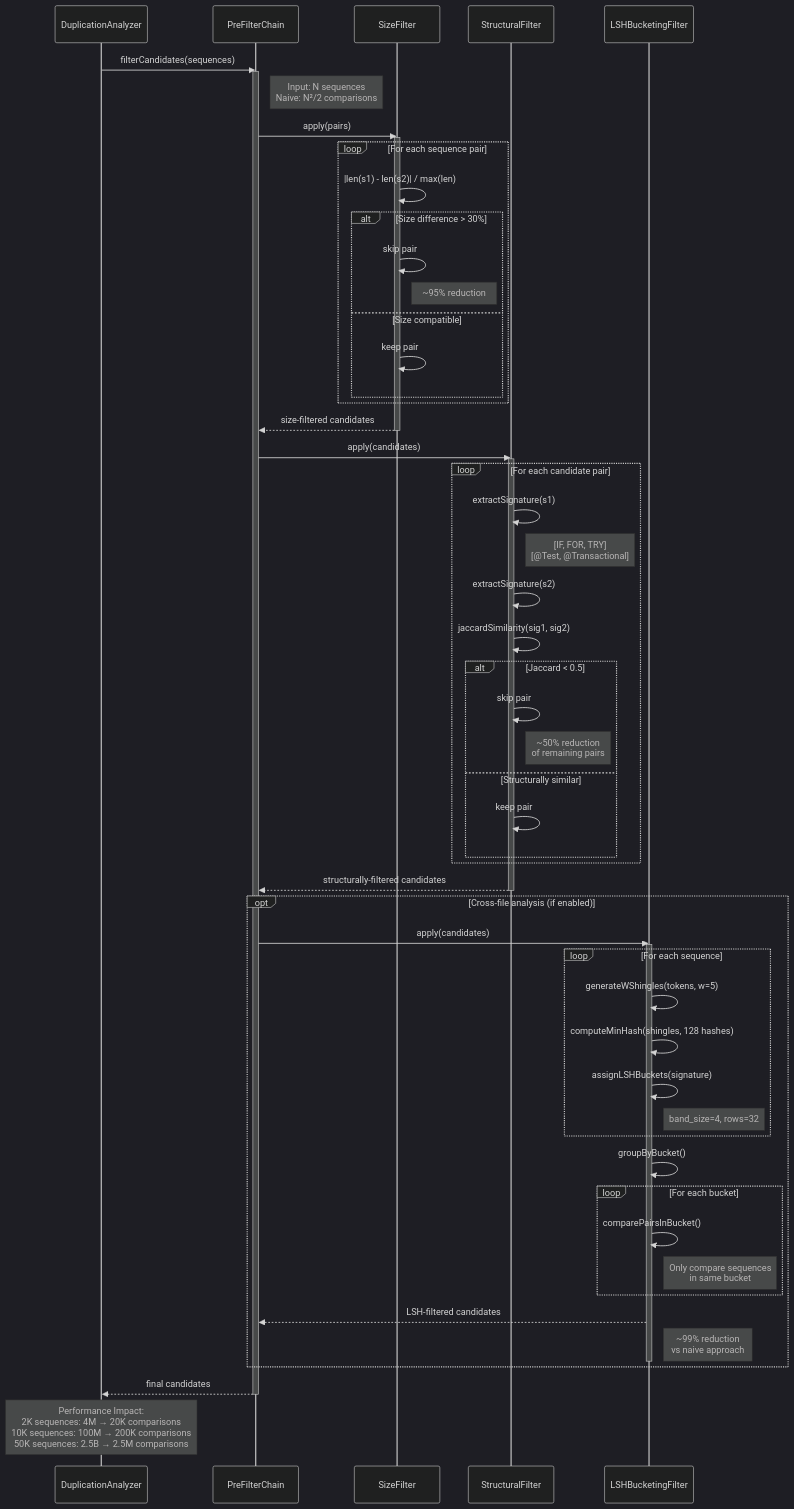
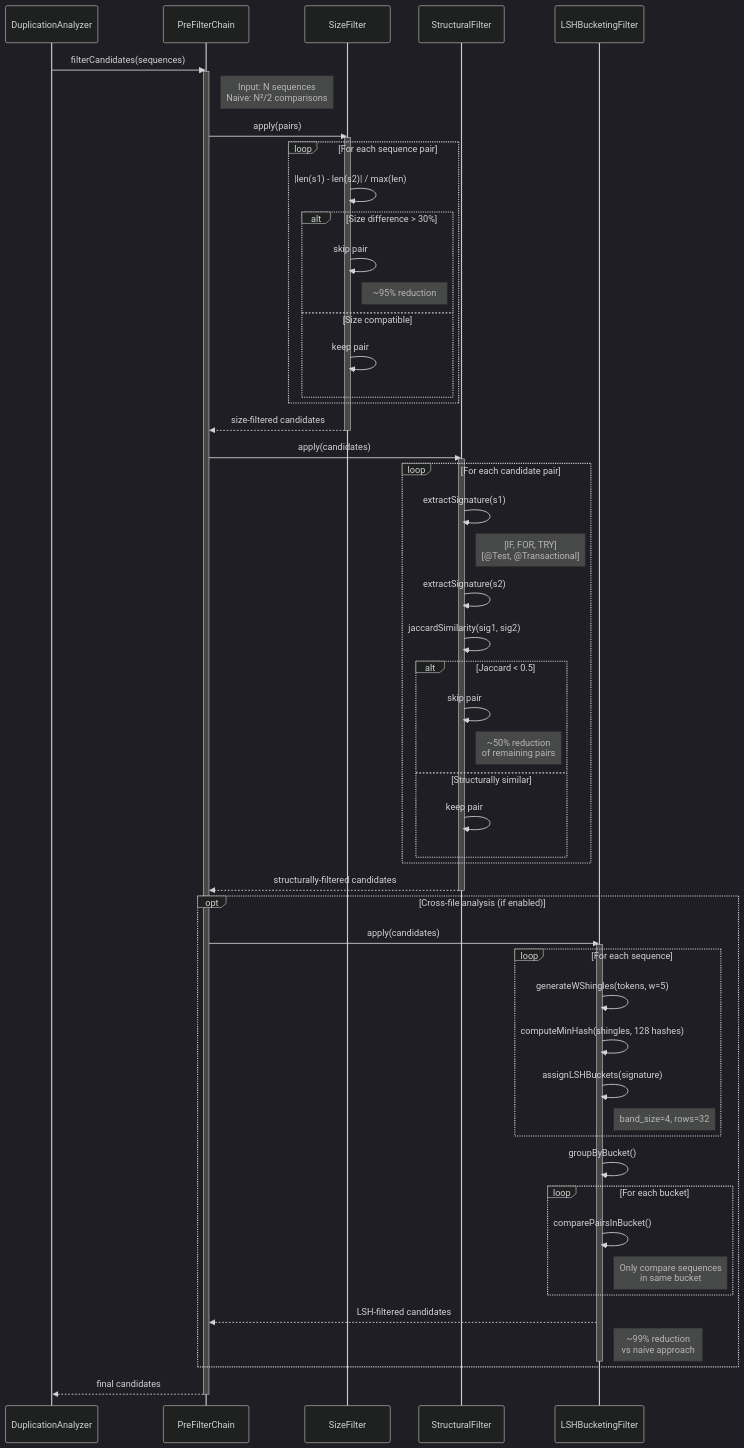
The sixth of 6 diagrams in docs/duplication-detector/sequence_diagrams.md (e4c5/bertie), drawn with Mermaid (dark theme) before and after one commit. The commit also changed other lines of this file and 4 other files, not shown here.

````diff
--- a/docs/duplication-detector/sequence_diagrams.md
+++ b/docs/duplication-detector/sequence_diagrams.md
@@ -393,79 +396,77 @@
 ```mermaid
 sequenceDiagram
     participant Analyzer as DuplicationAnalyzer
     participant PreFilter as PreFilterChain
     participant SizeFilter as SizeFilter
     participant StructFilter as StructuralFilter
     participant LSH as LSHBucketingFilter
 
     Analyzer->>PreFilter: filterCandidates(sequences)
     activate PreFilter
     
     Note right of PreFilter: Input: N sequences<br/>Naive: N²/2 comparisons
     
     PreFilter->>SizeFilter: apply(pairs)
     activate SizeFilter
     
     loop For each sequence pair
         SizeFilter->>SizeFilter: |len(s1) - len(s2)| / max(len)
         
         alt Size difference > 30%
             SizeFilter->>SizeFilter: skip pair
             Note right of SizeFilter: ~95% reduction
         else Size compatible
             SizeFilter->>SizeFilter: keep pair
         end
     end
     
     SizeFilter-->>PreFilter: size-filtered candidates
     deactivate SizeFilter
     
     PreFilter->>StructFilter: apply(candidates)
     activate StructFilter
     
     loop For each candidate pair
         StructFilter->>StructFilter: extractSignature(s1)
         Note right of StructFilter: [IF, FOR, TRY]<br/>[@Test, @Transactional]
         
         StructFilter->>StructFilter: extractSignature(s2)
         StructFilter->>StructFilter: jaccardSimilarity(sig1, sig2)
         
         alt Jaccard < 0.5
             StructFilter->>StructFilter: skip pair
             Note right of StructFilter: ~50% reduction<br/>of remaining pairs
         else Structurally similar
             StructFilter->>StructFilter: keep pair
         end
     end
     
     StructFilter-->>PreFilter: structurally-filtered candidates
     deactivate StructFilter
     
     opt Cross-file analysis (if enabled)
         PreFilter->>LSH: apply(candidates)
         activate LSH
         
         loop For each sequence
             LSH->>LSH: generateWShingles(tokens, w=5)
             LSH->>LSH: computeMinHash(shingles, 128 hashes)
             LSH->>LSH: assignLSHBuckets(signature)
             Note right of LSH: band_size=4, rows=32
         end
         
         LSH->>LSH: groupByBucket()
         
         loop For each bucket
             LSH->>LSH: comparePairsInBucket()
             Note right of LSH: Only compare sequences<br/>in same bucket
         end
         
         LSH-->>PreFilter: LSH-filtered candidates
         Note right of LSH: ~99% reduction<br/>vs naive approach
         deactivate LSH
     end
     
     PreFilter-->>Analyzer: final candidates
     deactivate PreFilter
-    
-    Note over Analyzer: Performance Impact:<br/>2K sequences: 4M → 20K comparisons<br/>10K sequences: 100M → 200K comparisons<br/>50K sequences: 2.5B → 2.5M comparisons
 ```
````
